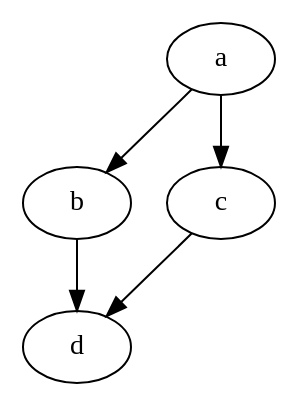
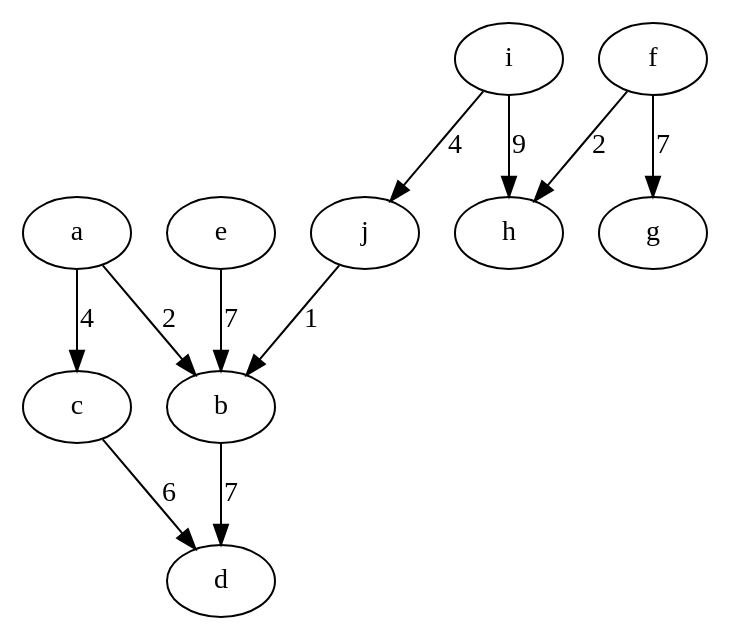
Before and after one commit to Jordanwmk/Paralex: the diagram in src/test2.dot, drawn with Graphviz. The commit also changed 4 other files, not shown here.

```diff
--- a/src/test2.dot
+++ b/src/test2.dot
@@ -1,10 +1,22 @@
 digraph {
-	"a" ["weight"="2","Processor"=1,"ui.label"="a","Start"=0,"ui.style"="fill-color: red;"];
-	"b" ["weight"="3","Processor"=2,"ui.label"="b","Start"=3,"ui.style"="fill-color: red;"];
-	"c" ["weight"="3","Processor"=1,"ui.label"="c","Start"=2,"ui.style"="fill-color: red;"];
-	"d" ["weight"="2","Processor"=2,"ui.label"="d","Start"=6,"ui.style"="fill-color: red;"];
-	"a" -> "b" ["weight"="1"];
-	"a" -> "c" ["weight"="2"];
-	"b" -> "d" ["weight"="2"];
-	"c" -> "d" ["weight"="1"];
+	"b" ["weight"="5","Processor"=2,"Start"=12];
+	"a" ["weight"="2","Processor"=1,"Start"=0];
+	"c" ["weight"="6","Processor"=1,"Start"=2];
+	"d" ["weight"="3","Processor"=2,"Start"=17];
+	"e" ["weight"="3","Processor"=2,"Start"=4];
+	"f" ["weight"="6","Processor"=1,"Start"=8];
+	"g" ["weight"="6","Processor"=1,"Start"=14];
+	"h" ["weight"="1","Processor"=1,"Start"=20];
+	"i" ["weight"="4","Processor"=2,"Start"=0];
+	"j" ["weight"="5","Processor"=2,"Start"=7];
+	"a" -> "b" ["weight"="2","label"="2"];
+	"a" -> "c" ["weight"="4","label"="4"];
+	"c" -> "d" ["weight"="6","label"="6"];
+	"b" -> "d" ["weight"="7","label"="7"];
+	"e" -> "b" ["weight"="7","label"="7"];
+	"f" -> "g" ["weight"="7","label"="7"];
+	"f" -> "h" ["weight"="2","label"="2"];
+	"i" -> "j" ["weight"="4","label"="4"];
+	"i" -> "h" ["weight"="9","label"="9"];
+	"j" -> "b" ["weight"="1","label"="1"];
 }
```
